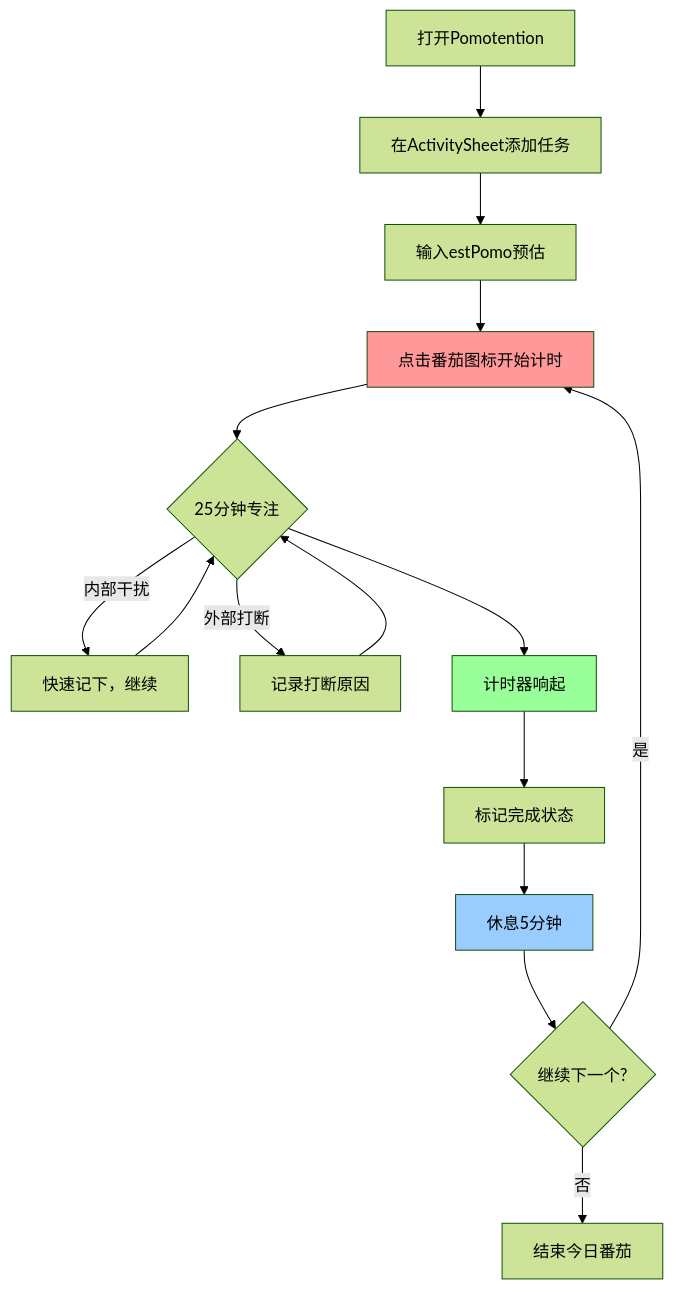
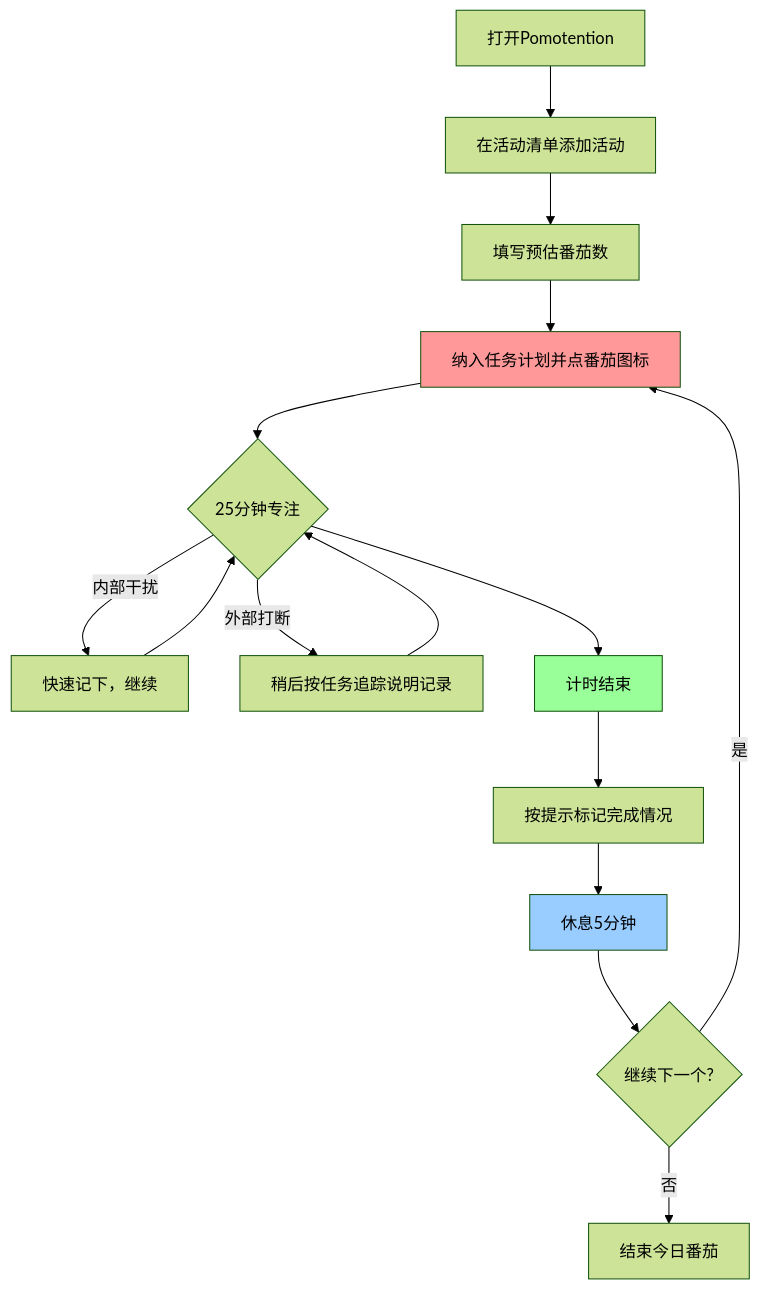
One commit to Xeonilian/pomotention changed the diagram in docs/guide/pomodoro-technique/00-start-here.md. Above: the diagram before and after it, drawn with Mermaid (forest theme). The commit also changed other lines of this file and 17 other files, not shown here.

````diff
--- a/docs/guide/pomodoro-technique/00-start-here.md
+++ b/docs/guide/pomodoro-technique/00-start-here.md
@@ -73,20 +72,20 @@
 ```mermaid
 flowchart TD
-    A[打开Pomotention] --> B[在ActivitySheet添加任务]
-    B --> C[输入estPomo预估]
-    C --> D[点击番茄图标开始计时]
+    A[打开Pomotention] --> B[在活动清单添加活动]
+    B --> C[填写预估番茄数]
+    C --> D[纳入任务计划并点番茄图标]
     D --> E{25分钟专注}
     E -->|内部干扰| F[快速记下，继续]
-    E -->|外部打断| G[记录打断原因]
-    E --> H[计时器响起]
+    E -->|外部打断| G[稍后按任务追踪说明记录]
+    E --> H[计时结束]
     F --> E
     G --> E
-    H --> I[标记完成状态]
+    H --> I[按提示标记完成情况]
     I --> J[休息5分钟]
     J --> K{继续下一个?}
     K -->|是| D
     K -->|否| L[结束今日番茄]
     style D fill:#ff9999
     style H fill:#99ff99
     style J fill:#99ccff
 ```
````
